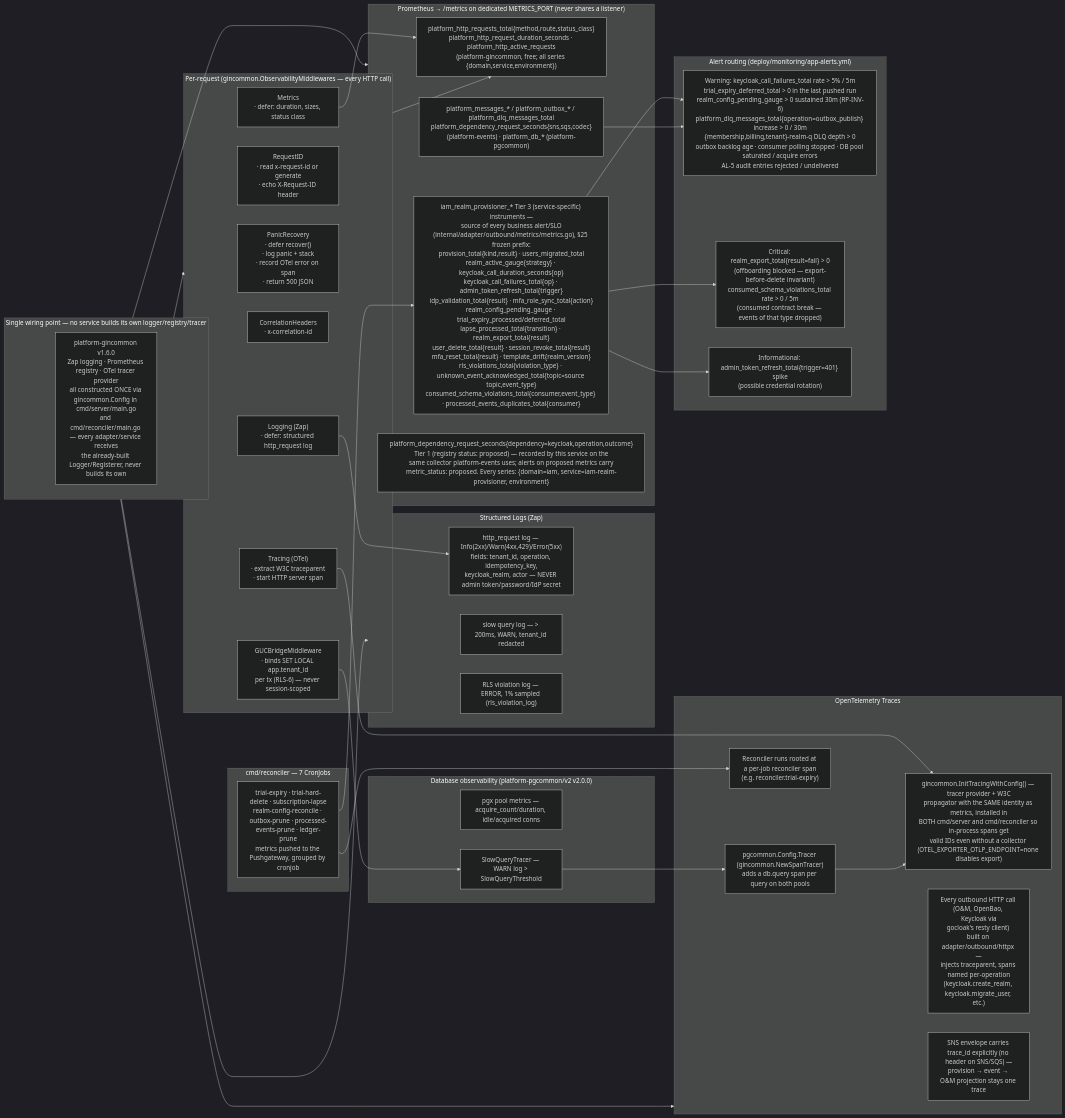
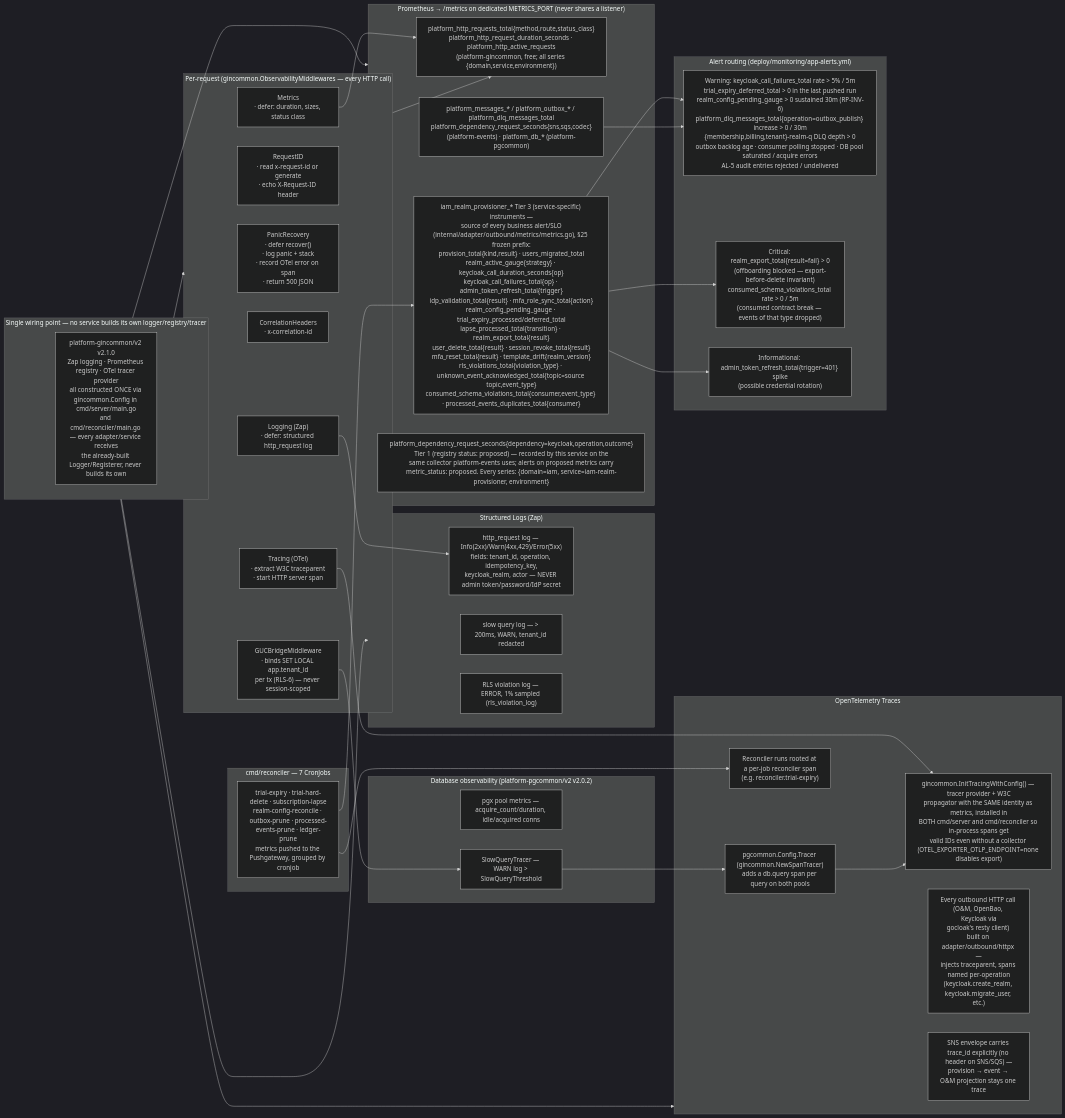
Before and after one commit to BCBP-SOLUTIONS-FZC-LLC/iam-realm-provisioner: the diagram in docs/architecture/mermaid/observability-stack.mmd, drawn with Mermaid (dark theme). The commit also changed 10 other files, not shown here.

First line of the commit message:
chore(deps): platform-gincommon v2.1.0 (#23)

```diff
--- a/docs/architecture/mermaid/observability-stack.mmd
+++ b/docs/architecture/mermaid/observability-stack.mmd
@@ -1,71 +1,71 @@
 graph LR
     subgraph request["Per-request (gincommon.ObservabilityMiddlewares — every HTTP call)"]
         panic["PanicRecovery\n· defer recover()\n· log panic + stack\n· record OTel error on span\n· return 500 JSON"]
         reqid["RequestID\n· read x-request-id or generate\n· echo X-Request-ID header"]
         trace["Tracing (OTel)\n· extract W3C traceparent\n· start HTTP server span"]
         corr["CorrelationHeaders\n· x-correlation-id"]
         metricsmw["Metrics\n· defer: duration, sizes, status class"]
         logging["Logging (Zap)\n· defer: structured http_request log"]
         guc["GUCBridgeMiddleware\n· binds SET LOCAL app.tenant_id\nper tx (RLS-6) — never session-scoped"]
     end
 
     subgraph gincommon_only["Single wiring point — no service builds its own logger/registry/tracer"]
-        gc1["platform-gincommon v1.6.0\nZap logging · Prometheus registry · OTel tracer provider\nall constructed ONCE via gincommon.Config in cmd/server/main.go\nand cmd/reconciler/main.go — every adapter/service receives\nthe already-built Logger/Registerer, never builds its own"]
+        gc1["platform-gincommon/v2 v2.1.0\nZap logging · Prometheus registry · OTel tracer provider\nall constructed ONCE via gincommon.Config in cmd/server/main.go\nand cmd/reconciler/main.go — every adapter/service receives\nthe already-built Logger/Registerer, never builds its own"]
     end
 
     subgraph prom["Prometheus  →  /metrics on dedicated METRICS_PORT (never shares a listener)"]
         p1["platform_http_requests_total{method,route,status_class}\nplatform_http_request_duration_seconds · platform_http_active_requests\n(platform-gincommon, free; all series {domain,service,environment})"]
         p2["platform_messages_* / platform_outbox_* / platform_dlq_messages_total\nplatform_dependency_request_seconds{sns,sqs,codec}\n(platform-events) · platform_db_* (platform-pgcommon)"]
         p3["iam_realm_provisioner_* Tier 3 (service-specific) instruments —\nsource of every business alert/SLO\n(internal/adapter/outbound/metrics/metrics.go), §25 frozen prefix:\nprovision_total{kind,result} · users_migrated_total\nrealm_active_gauge{strategy} · keycloak_call_duration_seconds{op}\nkeycloak_call_failures_total{op} · admin_token_refresh_total{trigger}\nidp_validation_total{result} · mfa_role_sync_total{action}\nrealm_config_pending_gauge · trial_expiry_processed/deferred_total\nlapse_processed_total{transition} · realm_export_total{result}\nuser_delete_total{result} · session_revoke_total{result}\nmfa_reset_total{result} · template_drift{realm_version}\nrls_violations_total{violation_type} · unknown_event_acknowledged_total{topic=source topic,event_type}\nconsumed_schema_violations_total{consumer,event_type} · processed_events_duplicates_total{consumer}"]
         p4["platform_dependency_request_seconds{dependency=keycloak,operation,outcome}
 Tier 1 (registry status: proposed) — recorded by this service on the
 same collector platform-events uses; alerts on proposed metrics carry
 metric_status: proposed. Every series: {domain=iam, service=iam-realm-provisioner, environment}"]
     end
 
     subgraph otel["OpenTelemetry Traces"]
         ot1["gincommon.InitTracingWithConfig() — tracer provider + W3C\npropagator with the SAME identity as metrics, installed in\nBOTH cmd/server and cmd/reconciler so in-process spans get\nvalid IDs even without a collector (OTEL_EXPORTER_OTLP_ENDPOINT=none disables export)"]
         ot2["pgcommon.Config.Tracer (gincommon.NewSpanTracer)\nadds a db.query span per query on both pools"]
         ot3["Every outbound HTTP call (O&M, OpenBao, Keycloak via\ngocloak's resty client) built on adapter/outbound/httpx —\ninjects traceparent, spans named per-operation\n(keycloak.create_realm, keycloak.migrate_user, etc.)"]
         ot4["SNS envelope carries trace_id explicitly (no header on SNS/SQS) —\nprovision → event → O&M projection stays one trace"]
         ot5["Reconciler runs rooted at a per-job reconciler span\n(e.g. reconciler.trial-expiry)"]
     end
 
     subgraph logs["Structured Logs (Zap)"]
         l1["http_request log — Info(2xx)/Warn(4xx,429)/Error(5xx)\nfields: tenant_id, operation, idempotency_key,\nkeycloak_realm, actor — NEVER admin token/password/IdP secret"]
         l2["slow query log — > 200ms, WARN, tenant_id redacted"]
         l3["RLS violation log — ERROR, 1% sampled (rls_violation_log)"]
     end
 
-    subgraph db_obs["Database observability (platform-pgcommon/v2 v2.0.0)"]
+    subgraph db_obs["Database observability (platform-pgcommon/v2 v2.0.2)"]
         db1["pgx pool metrics — acquire_count/duration, idle/acquired conns"]
         db2["SlowQueryTracer — WARN log > SlowQueryThreshold"]
     end
 
     subgraph cron["cmd/reconciler — 7 CronJobs"]
         c1["trial-expiry · trial-hard-delete · subscription-lapse\nrealm-config-reconcile · outbox-prune · processed-events-prune · ledger-prune\nmetrics pushed to the Pushgateway, grouped by cronjob"]
     end
 
     subgraph alerts["Alert routing (deploy/monitoring/app-alerts.yml)"]
         a1["Warning: keycloak_call_failures_total rate > 5% / 5m\ntrial_expiry_deferred_total > 0 in the last pushed run\nrealm_config_pending_gauge > 0 sustained 30m (RP-INV-6)\nplatform_dlq_messages_total{operation=outbox_publish} increase > 0 / 30m\n{membership,billing,tenant}-realm-q DLQ depth > 0\noutbox backlog age · consumer polling stopped · DB pool saturated / acquire errors\nAL-5 audit entries rejected / undelivered"]
         a2["Critical: realm_export_total{result=fail} > 0\n(offboarding blocked — export-before-delete invariant)\nconsumed_schema_violations_total rate > 0 / 5m\n(consumed contract break — events of that type dropped)"]
         a3["Informational: admin_token_refresh_total{trigger=401} spike\n(possible credential rotation)"]
     end
 
     gincommon_only --> request
     gincommon_only --> prom
     gincommon_only --> logs
     gincommon_only --> otel
     request --> p1
     metricsmw --> p1
     trace --> ot1
     logging --> l1
     guc --> db2
     db2 --> ot2
     ot2 --> ot1
     c1 --> p3
     c1 --> ot5
     p3 --> a1
     p3 --> a2
     p3 --> a3
     p2 --> a1
```
